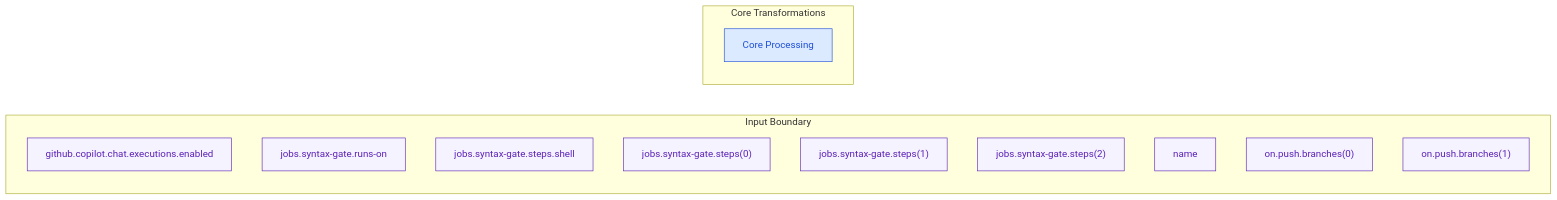
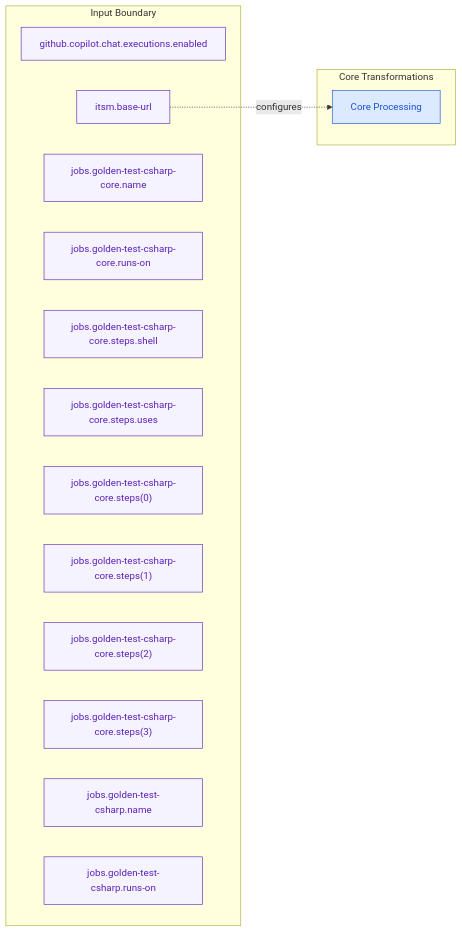
Before and after one commit to HeWhoRoams/AppDoc: the diagram in docs/diagrams/data-flow.md, drawn with Mermaid. The commit also changed other lines of this file and 221 other files, not shown here.

````diff
--- a/docs/diagrams/data-flow.md
+++ b/docs/diagrams/data-flow.md
@@ -11,36 +11,43 @@
 ```mermaid
 flowchart LR
     %% Solid edges: runtime request/data flow. Dashed edges: structural/config/dependency links.
     subgraph inputs["Input Boundary"]
         config_github_copilot_chat_ex_3233c7ea["github.copilot.chat.executions.enabled"]
-        config_jobs_syntax_gate_runs_1cc1bd48["jobs.syntax-gate.runs-on"]
-        config_jobs_syntax_gate_steps_b0ed346a["jobs.syntax-gate.steps.shell"]
-        config_jobs_syntax_gate_steps_c21bece1["jobs.syntax-gate.steps(0)"]
-        config_jobs_syntax_gate_steps_f955e977["jobs.syntax-gate.steps(1)"]
-        config_jobs_syntax_gate_steps_fea78b6a["jobs.syntax-gate.steps(2)"]
-        config_name_6ae99955["name"]
-        config_on_push_branches_0_2a450bbd["on.push.branches(0)"]
-        config_on_push_branches_1_81342622["on.push.branches(1)"]
+        config_itsm_base_url_386a0b40["itsm.base-url"]
+        config_jobs_golden_test_cshar_a550e61a["jobs.golden-test-csharp-core.name"]
+        config_jobs_golden_test_cshar_56738826["jobs.golden-test-csharp-core.runs-on"]
+        config_jobs_golden_test_cshar_86c8eb3e["jobs.golden-test-csharp-core.steps.shell"]
+        config_jobs_golden_test_cshar_7ca31392["jobs.golden-test-csharp-core.steps.uses"]
+        config_jobs_golden_test_cshar_8a0b4f2d["jobs.golden-test-csharp-core.steps(0)"]
+        config_jobs_golden_test_cshar_3e4d8917["jobs.golden-test-csharp-core.steps(1)"]
+        config_jobs_golden_test_cshar_e6aa6fbd["jobs.golden-test-csharp-core.steps(2)"]
+        config_jobs_golden_test_cshar_b2b231cf["jobs.golden-test-csharp-core.steps(3)"]
+        config_jobs_golden_test_cshar_3b25b092["jobs.golden-test-csharp.name"]
+        config_jobs_golden_test_cshar_b895bb4e["jobs.golden-test-csharp.runs-on"]
     end
     subgraph processing["Core Transformations"]
         component_core_processing_6d28d771["Core Processing"]
     end
+    config_itsm_base_url_386a0b40 -.->|configures| component_core_processing_6d28d771
     class component_core_processing_6d28d771 component
     class config_github_copilot_chat_ex_3233c7ea config
-    class config_jobs_syntax_gate_runs_1cc1bd48 config
-    class config_jobs_syntax_gate_steps_b0ed346a config
-    class config_jobs_syntax_gate_steps_c21bece1 config
-    class config_jobs_syntax_gate_steps_f955e977 config
-    class config_jobs_syntax_gate_steps_fea78b6a config
-    class config_name_6ae99955 config
-    class config_on_push_branches_0_2a450bbd config
-    class config_on_push_branches_1_81342622 config
+    class config_itsm_base_url_386a0b40 config
+    class config_jobs_golden_test_cshar_a550e61a config
+    class config_jobs_golden_test_cshar_56738826 config
+    class config_jobs_golden_test_cshar_86c8eb3e config
+    class config_jobs_golden_test_cshar_7ca31392 config
+    class config_jobs_golden_test_cshar_8a0b4f2d config
+    class config_jobs_golden_test_cshar_3e4d8917 config
+    class config_jobs_golden_test_cshar_e6aa6fbd config
+    class config_jobs_golden_test_cshar_b2b231cf config
+    class config_jobs_golden_test_cshar_3b25b092 config
+    class config_jobs_golden_test_cshar_b895bb4e config
 classDef actor fill:#0f172a,stroke:#0f172a,color:#ffffff,stroke-width:1px
 classDef inbound fill:#dcfce7,stroke:#166534,color:#166534,stroke-width:1px
 classDef outbound fill:#ffedd5,stroke:#9a3412,color:#9a3412,stroke-width:1px
 classDef component fill:#dbeafe,stroke:#1d4ed8,color:#1d4ed8,stroke-width:1px
 classDef data fill:#fef9c3,stroke:#854d0e,color:#854d0e,stroke-width:1px
 classDef config fill:#f5f3ff,stroke:#5b21b6,color:#5b21b6,stroke-width:1px
 classDef external fill:#fee2e2,stroke:#991b1b,color:#991b1b,stroke-width:1px
 classDef dependency fill:#ede9fe,stroke:#4338ca,color:#4338ca,stroke-width:1px
 ```
````
